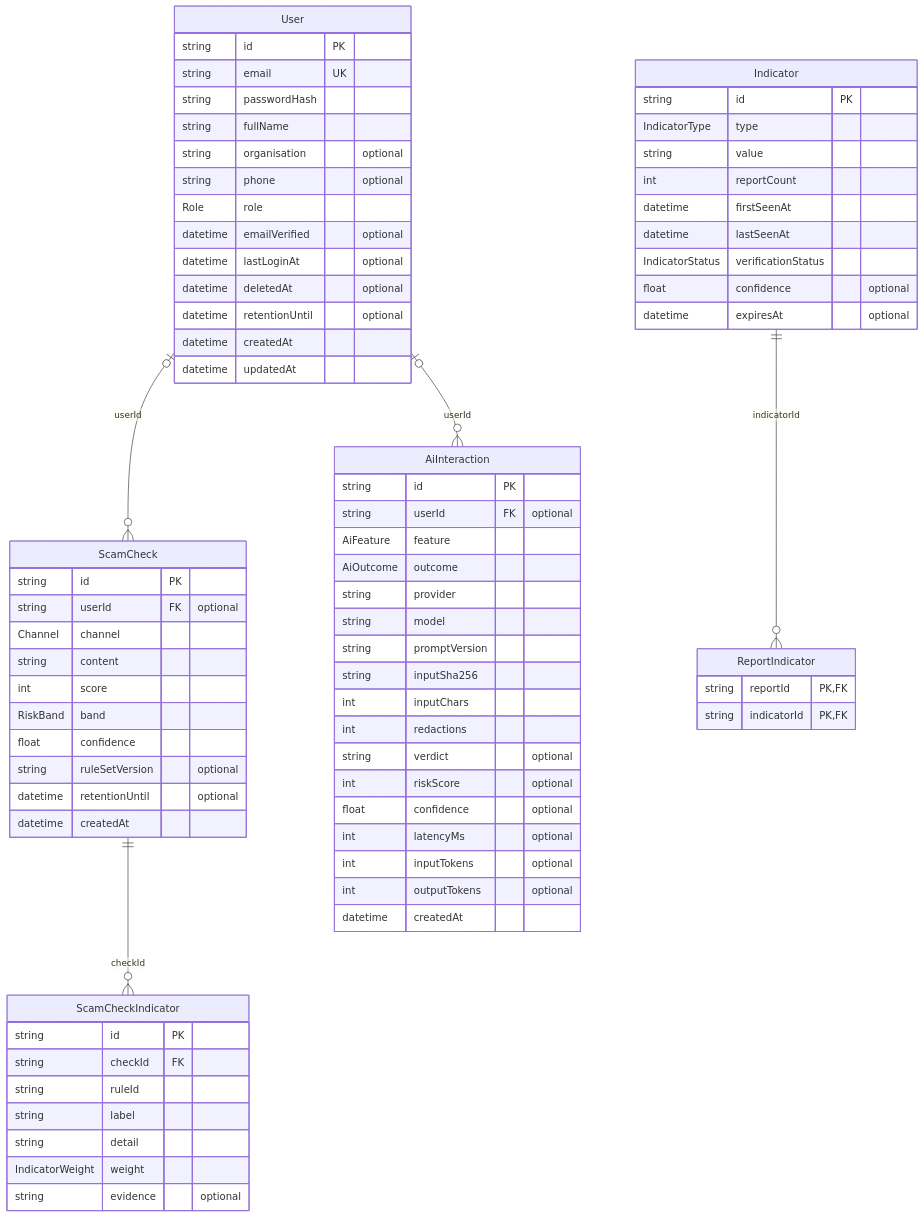
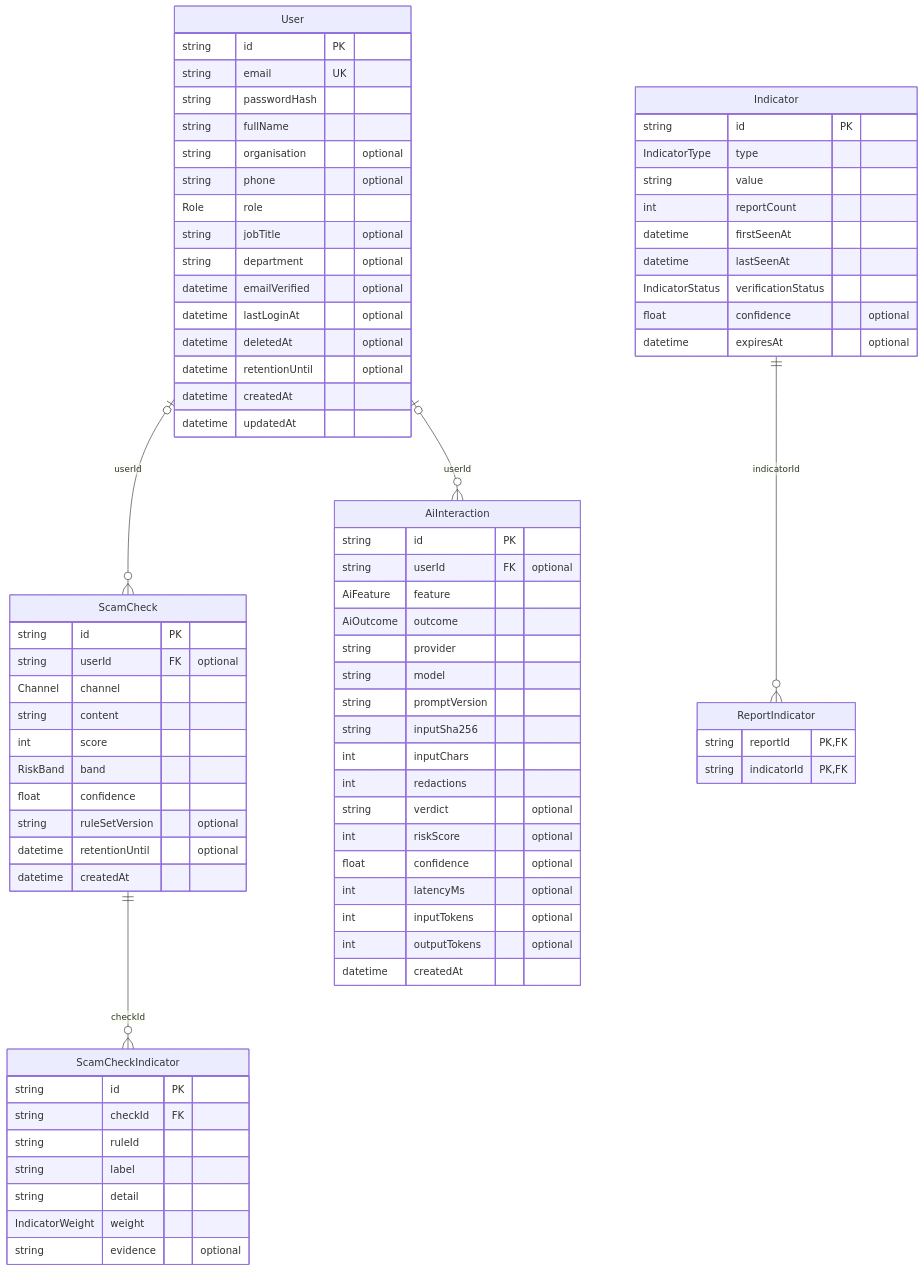
The diagram in database/erd/erd-2-analysis-ai.mmd (Meroidea/CyberKent), drawn with Mermaid before and after one commit. The commit also changed 13 other files, not shown here.

```diff
--- a/database/erd/erd-2-analysis-ai.mmd
+++ b/database/erd/erd-2-analysis-ai.mmd
@@ -1,75 +1,77 @@
 erDiagram
   User {
     string id PK
     string email UK
     string passwordHash 
     string fullName 
     string organisation "optional"
     string phone "optional"
     Role role 
+    string jobTitle "optional"
+    string department "optional"
     datetime emailVerified "optional"
     datetime lastLoginAt "optional"
     datetime deletedAt "optional"
     datetime retentionUntil "optional"
     datetime createdAt 
     datetime updatedAt 
   }
   ScamCheck {
     string id PK
     string userId FK "optional"
     Channel channel 
     string content 
     int score 
     RiskBand band 
     float confidence 
     string ruleSetVersion "optional"
     datetime retentionUntil "optional"
     datetime createdAt 
   }
   ScamCheckIndicator {
     string id PK
     string checkId FK
     string ruleId 
     string label 
     string detail 
     IndicatorWeight weight 
     string evidence "optional"
   }
   Indicator {
     string id PK
     IndicatorType type 
     string value 
     int reportCount 
     datetime firstSeenAt 
     datetime lastSeenAt 
     IndicatorStatus verificationStatus 
     float confidence "optional"
     datetime expiresAt "optional"
   }
   ReportIndicator {
     string reportId PK,FK
     string indicatorId PK,FK
   }
   AiInteraction {
     string id PK
     string userId FK "optional"
     AiFeature feature 
     AiOutcome outcome 
     string provider 
     string model 
     string promptVersion 
     string inputSha256 
     int inputChars 
     int redactions 
     string verdict "optional"
     int riskScore "optional"
     float confidence "optional"
     int latencyMs "optional"
     int inputTokens "optional"
     int outputTokens "optional"
     datetime createdAt 
   }
   User |o--o{ ScamCheck : "userId"
   ScamCheck ||--o{ ScamCheckIndicator : "checkId"
   User |o--o{ AiInteraction : "userId"
   Indicator ||--o{ ReportIndicator : "indicatorId"
```
